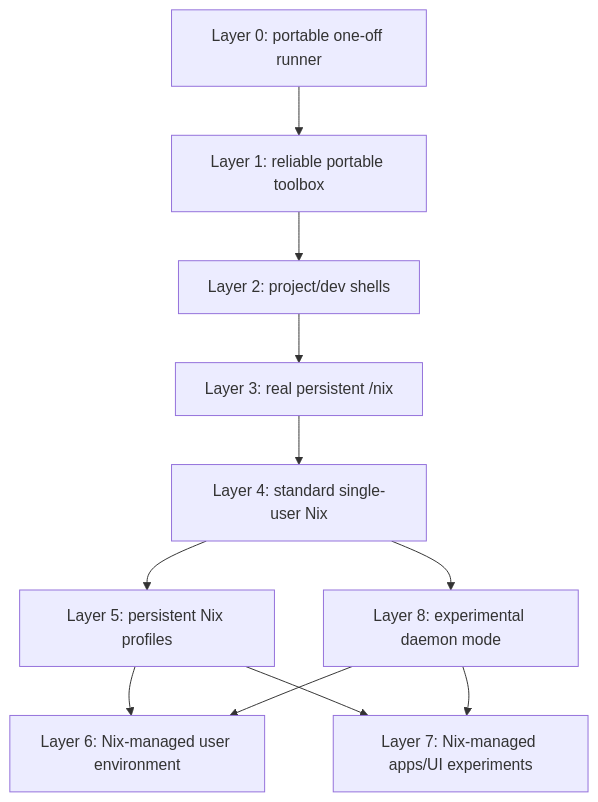
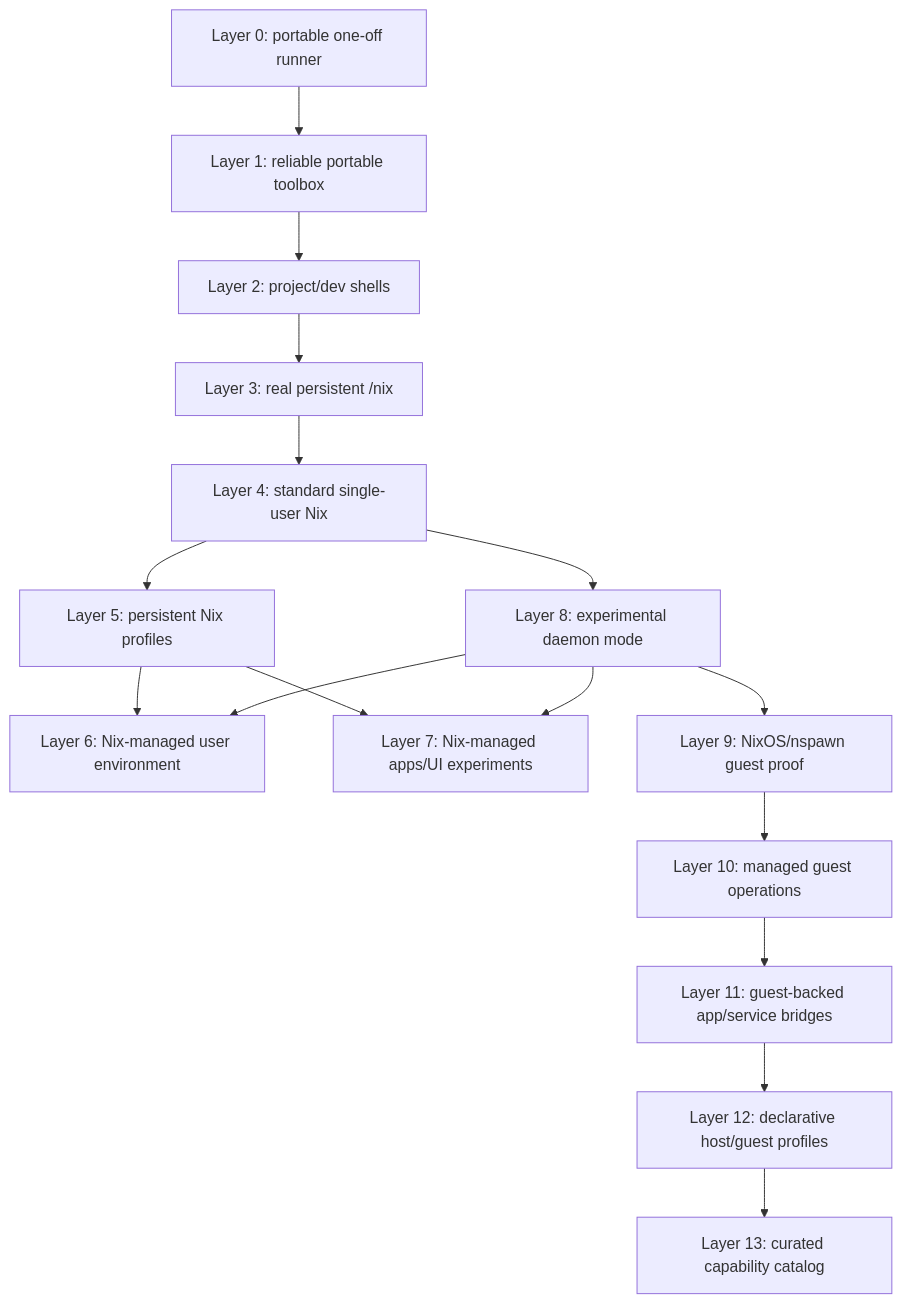
One commit to simonwjackson/rocknix changed the first of 2 diagrams in docs/plans/2026-04-28-001-feat-layered-nix-integration-plan.md. Above: the diagram before and after it, drawn with Mermaid. The commit also changed other lines of this file and 2 other files, not shown here.

Commit message:
docs(nix): outline proposed Layers 9-13 roadmap

````diff
--- a/docs/plans/2026-04-28-001-feat-layered-nix-integration-plan.md
+++ b/docs/plans/2026-04-28-001-feat-layered-nix-integration-plan.md
@@ -152,23 +166,33 @@
 ```mermaid
 flowchart TB
   L0[Layer 0: portable one-off runner]
   L1[Layer 1: reliable portable toolbox]
   L2[Layer 2: project/dev shells]
   L3[Layer 3: real persistent /nix]
   L4[Layer 4: standard single-user Nix]
   L5[Layer 5: persistent Nix profiles]
   L6[Layer 6: Nix-managed user environment]
   L7[Layer 7: Nix-managed apps/UI experiments]
   L8[Layer 8: experimental daemon mode]
+  L9[Layer 9: NixOS/nspawn guest proof]
+  L10[Layer 10: managed guest operations]
+  L11[Layer 11: guest-backed app/service bridges]
+  L12[Layer 12: declarative host/guest profiles]
+  L13[Layer 13: curated capability catalog]
 
   L0 --> L1
   L1 --> L2
   L2 --> L3
   L3 --> L4
   L4 --> L5
   L5 --> L6
   L5 --> L7
   L4 --> L8
   L8 --> L6
   L8 --> L7
+  L8 --> L9
+  L9 --> L10
+  L10 --> L11
+  L11 --> L12
+  L12 --> L13
 ```
````
